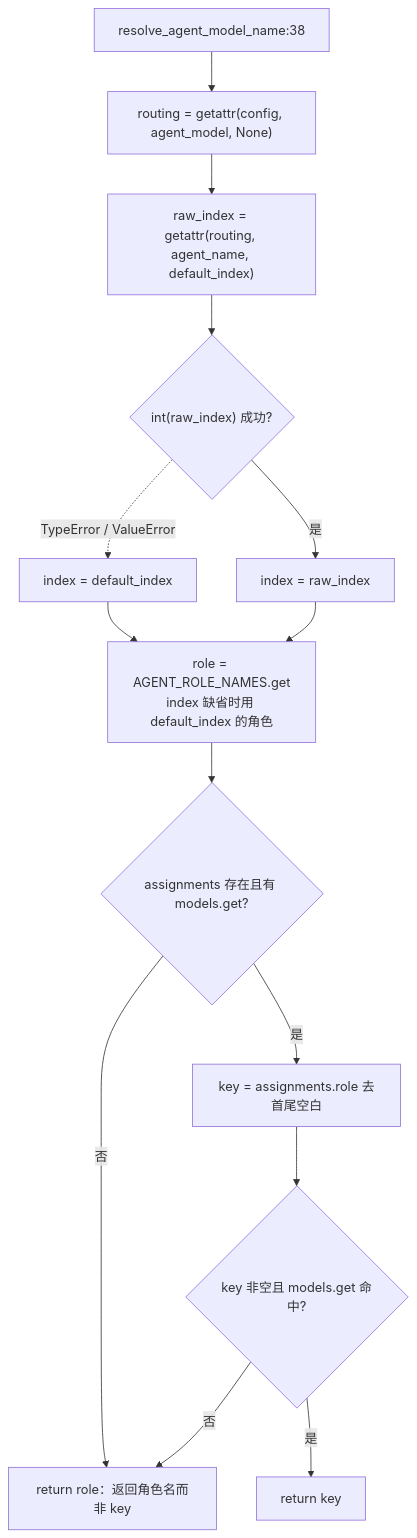
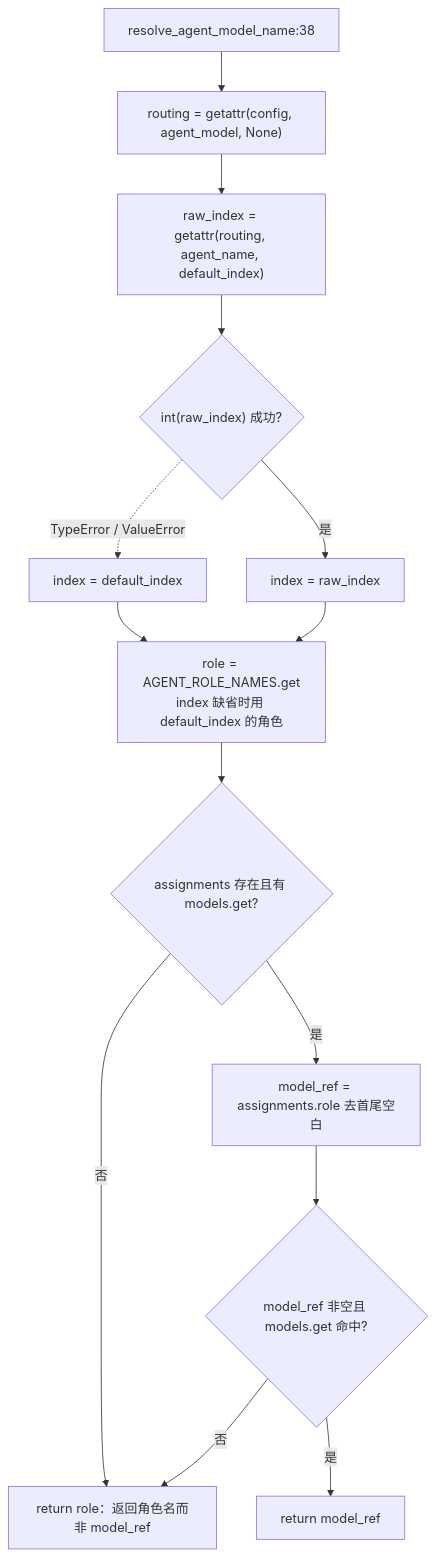
Before and after one commit to SuperQuail/NeoBot: the fourth of 11 diagrams in docs/flow/05-llm-routing.md, drawn with Mermaid. The commit also changed other lines of this file and 52 other files, not shown here.

````diff
--- a/docs/flow/05-llm-routing.md
+++ b/docs/flow/05-llm-routing.md
@@ -161,16 +161,16 @@
 ```mermaid
 flowchart TD
     A["resolve_agent_model_name:38"] --> B["routing = getattr(config, agent_model, None)"]
     B --> C["raw_index = getattr(routing, agent_name, default_index)"]
     C --> D{"int(raw_index) 成功?"}
     D -.->|"TypeError / ValueError"| D1["index = default_index"]
     D -- "是" --> D2["index = raw_index"]
     D1 --> E["role = AGENT_ROLE_NAMES.get<br/>index 缺省时用 default_index 的角色"]
     D2 --> E
     E --> F{"assignments 存在且有 models.get?"}
-    F -- "否" --> G["return role：返回角色名而非 key"]
-    F -- "是" --> H["key = assignments.role 去首尾空白"]
-    H --> I{"key 非空且 models.get 命中?"}
-    I -- "是" --> J["return key"]
+    F -- "否" --> G["return role：返回角色名而非 model_ref"]
+    F -- "是" --> H["model_ref = assignments.role 去首尾空白"]
+    H --> I{"model_ref 非空且 models.get 命中?"}
+    I -- "是" --> J["return model_ref"]
     I -- "否" --> G
 ```
````
